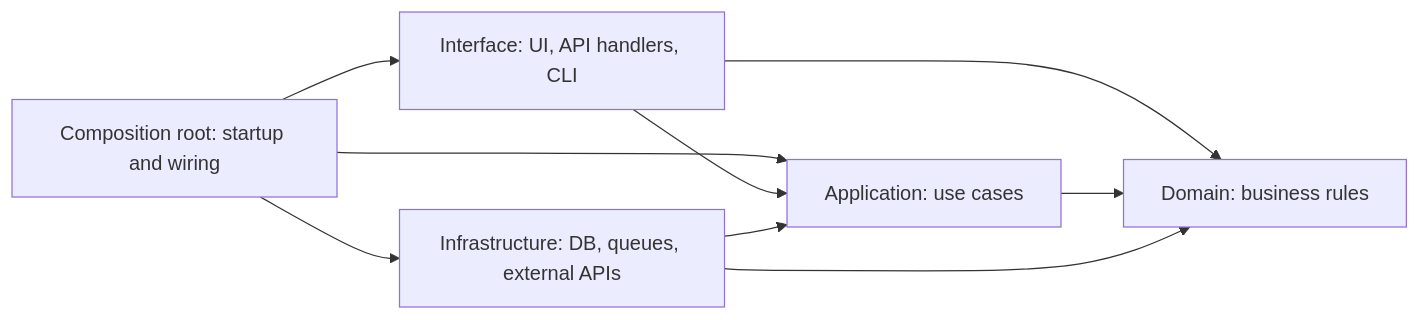
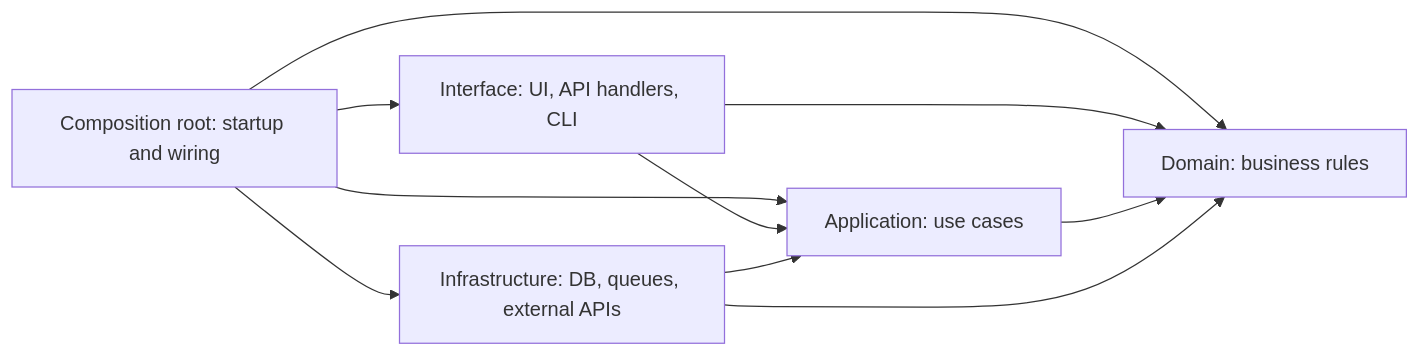
The diagram in kb/05-implementation/conventions.md (yh-ong/project-knowledge-base-template), drawn with Mermaid before and after one commit. The commit also changed other lines of this file and 8 other files, not shown here.

````diff
--- a/kb/05-implementation/conventions.md
+++ b/kb/05-implementation/conventions.md
@@ -51,11 +51,12 @@
 ```mermaid
 flowchart LR
   boot["Composition root: startup and wiring"] --> ui["Interface: UI, API handlers, CLI"]
   boot --> infra["Infrastructure: DB, queues, external APIs"]
   boot --> app["Application: use cases"]
+  boot --> domain["Domain: business rules"]
   ui --> app
-  ui --> domain["Domain: business rules"]
+  ui --> domain
   app --> domain
   infra --> app
   infra --> domain
 ```
````
